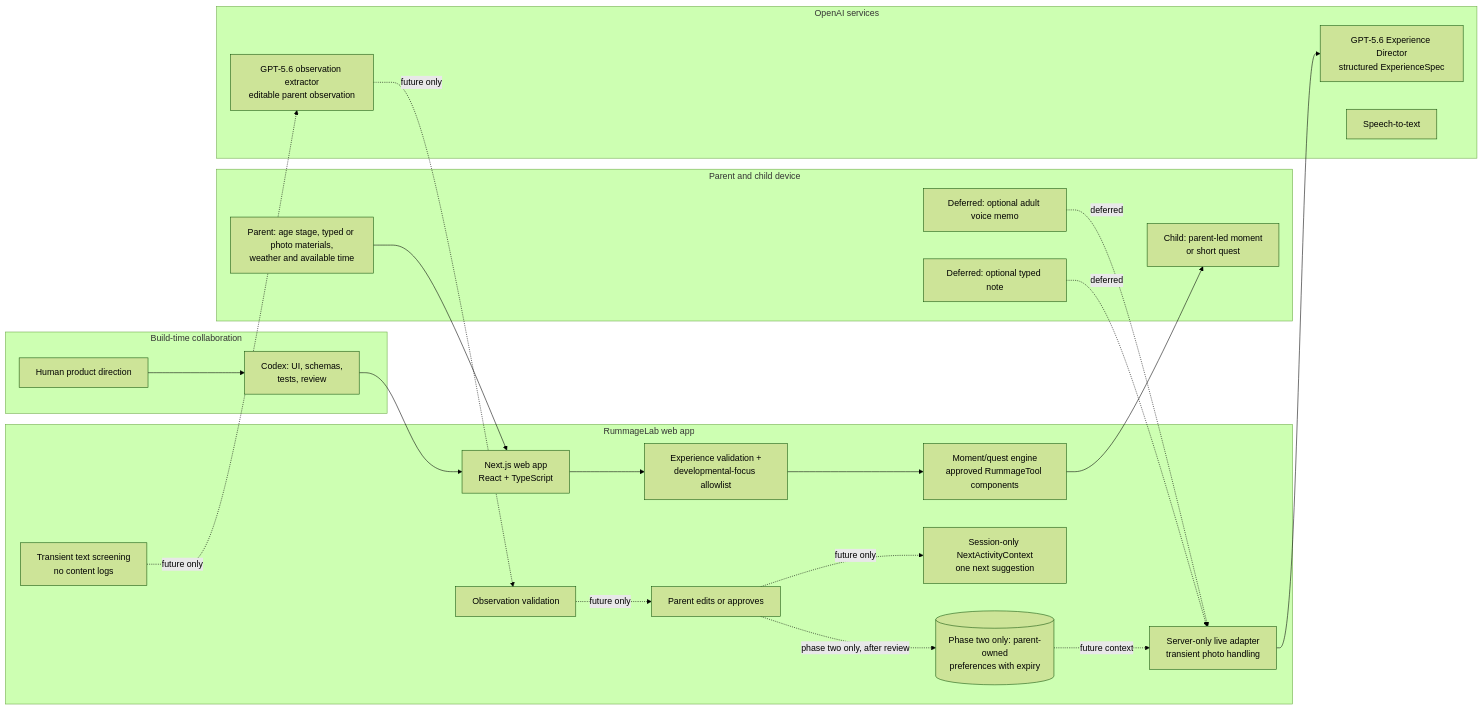
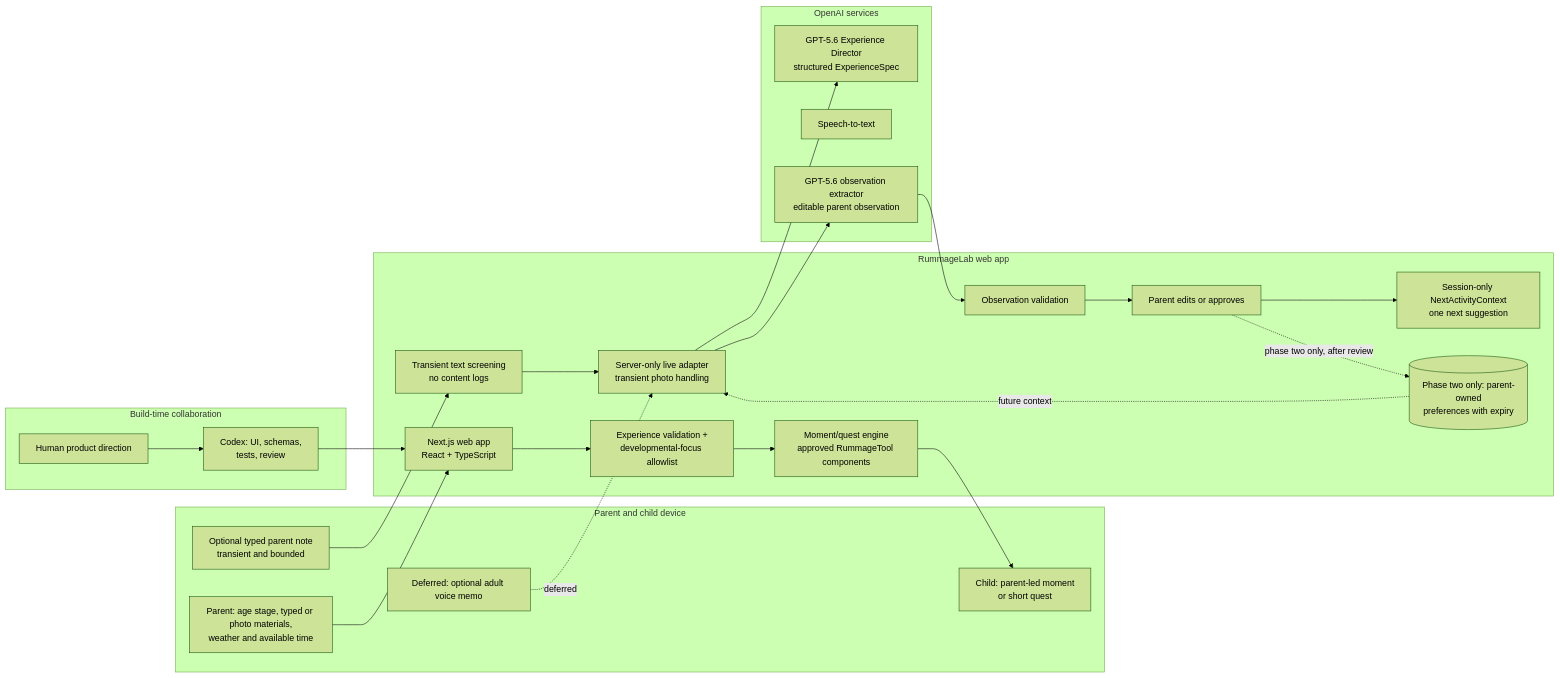
One commit to hqt08/RummageLab changed the diagram in README.md. Above: the diagram before and after it, drawn with Mermaid (forest theme). The commit also changed other lines of this file and 23 other files, not shown here.

Commit message:
Add safe typed parent reflection

````diff
--- a/README.md
+++ b/README.md
@@ -52,45 +58,41 @@
 ```mermaid
 flowchart LR
   subgraph Device["Parent and child device"]
     C["Parent: age stage, typed or photo materials,<br/>weather and available time"]
     A["Child: parent-led moment<br/>or short quest"]
     V["Deferred: optional adult voice memo"]
-    T["Deferred: optional typed note"]
+    T["Optional typed parent note<br/>transient and bounded"]
   end
 
   subgraph App["RummageLab web app"]
     UI["Next.js web app<br/>React + TypeScript"]
     API["Server-only live adapter<br/>transient photo handling"]
     PLANVAL["Experience validation +<br/>developmental-focus allowlist"]
     PII["Transient text screening<br/>no content logs"]
     OBSVAL["Observation validation"]
     ENG["Moment/quest engine<br/>approved RummageTool components"]
     REVIEW["Parent edits or approves"]
     SESSION["Session-only NextActivityContext<br/>one next suggestion"]
     FUTURE[("Phase two only: parent-owned<br/>preferences with expiry")]
   end
 
   subgraph OpenAI["OpenAI services"]
     QD["GPT-5.6 Experience Director<br/>structured ExperienceSpec"]
     STT["Speech-to-text"]
     LE["GPT-5.6 observation extractor<br/>editable parent observation"]
   end
 
   subgraph Build["Build-time collaboration"]
     H["Human product direction"]
     CX["Codex: UI, schemas,<br/>tests, review"]
     H --> CX
     CX --> UI
   end
 
   C --> UI --> PLANVAL --> ENG --> A
   API --> QD
   V -. "deferred" .-> API
-  T -. "deferred" .-> API
-  PII -. "future only" .-> LE
-  LE -. "future only" .-> OBSVAL
-  OBSVAL -. "future only" .-> REVIEW
-  REVIEW -. "future only" .-> SESSION
+  T --> PII --> API --> LE --> OBSVAL --> REVIEW --> SESSION
   REVIEW -. "phase two only, after review" .-> FUTURE
   FUTURE -. "future context" .-> API
 ```
````
